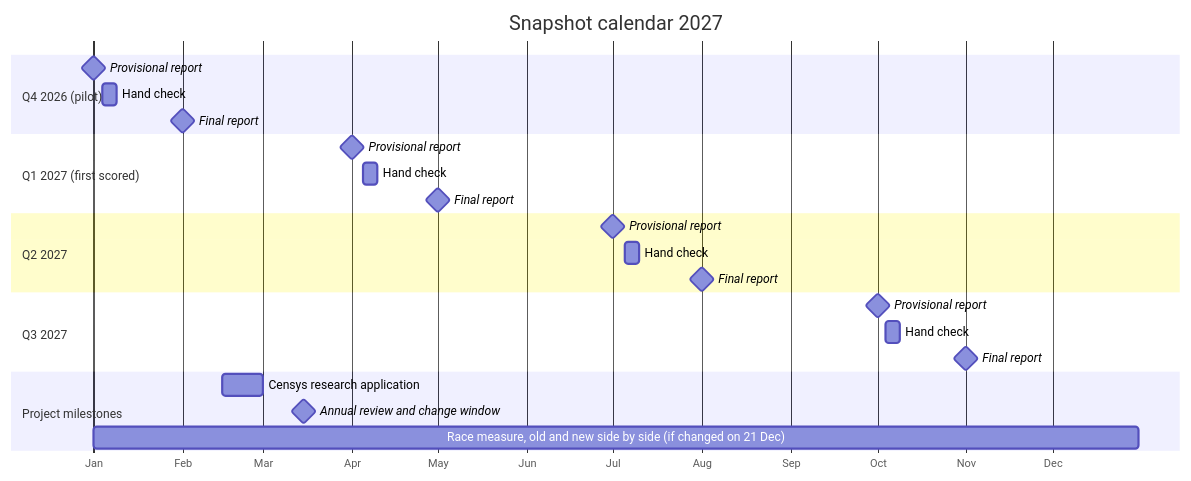
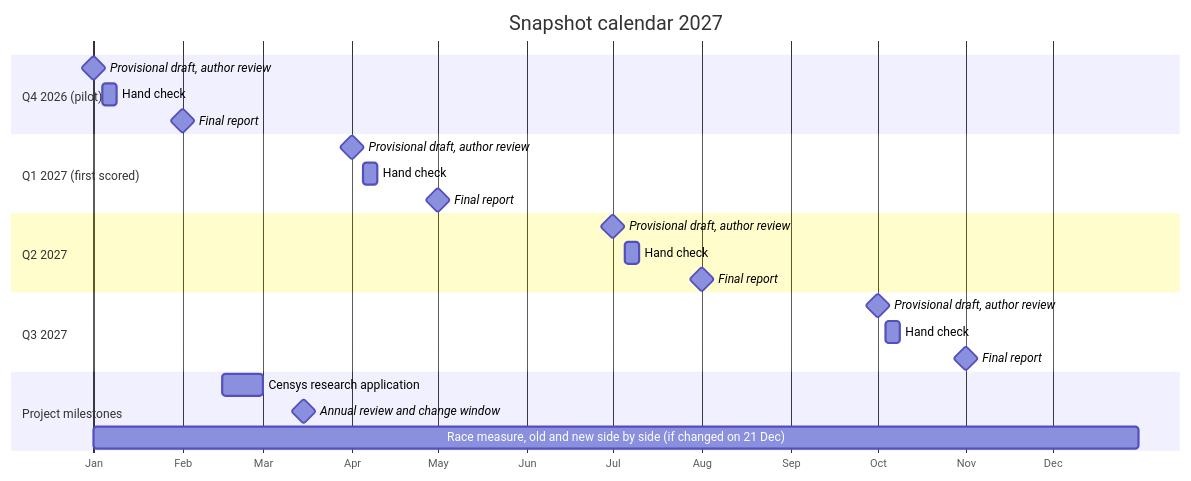
Before and after one commit to pagagne/internet-security-snapshot: the diagram in docs/diagrams/calendar_2027.mmd, drawn with Mermaid. The commit also changed 6 other files, not shown here.

First line of the commit message:
Review gate before publishing provisional reports; quarter archive and cohort timelines on the build plan; decision item 16 (sources still awaiting permission)

```diff
--- a/docs/diagrams/calendar_2027.mmd
+++ b/docs/diagrams/calendar_2027.mmd
@@ -1,25 +1,25 @@
 gantt
   title Snapshot calendar 2027
   dateFormat YYYY-MM-DD
   axisFormat %b
   tickInterval 1month
   section Q4 2026 (pilot)
-    Provisional report          :milestone, 2027-01-01, 0d
+    Provisional draft, author review :milestone, 2027-01-01, 0d
     Hand check                  :2027-01-04, 5d
     Final report                :milestone, 2027-02-01, 0d
   section Q1 2027 (first scored)
-    Provisional report          :milestone, 2027-04-01, 0d
+    Provisional draft, author review :milestone, 2027-04-01, 0d
     Hand check                  :2027-04-05, 5d
     Final report                :milestone, 2027-05-01, 0d
   section Q2 2027
-    Provisional report          :milestone, 2027-07-01, 0d
+    Provisional draft, author review :milestone, 2027-07-01, 0d
     Hand check                  :2027-07-05, 5d
     Final report                :milestone, 2027-08-01, 0d
   section Q3 2027
-    Provisional report          :milestone, 2027-10-01, 0d
+    Provisional draft, author review :milestone, 2027-10-01, 0d
     Hand check                  :2027-10-04, 5d
     Final report                :milestone, 2027-11-01, 0d
   section Project milestones
     Censys research application :2027-02-15, 14d
     Annual review and change window :milestone, 2027-03-15, 0d
     Race measure, old and new side by side (if changed on 21 Dec) :2027-01-01, 2027-12-31
```
